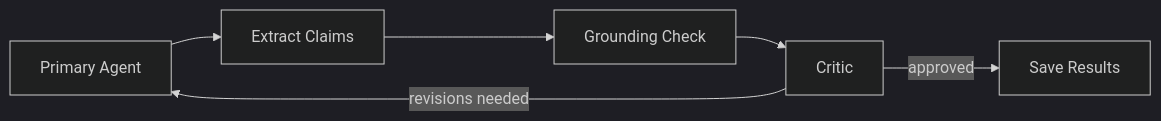
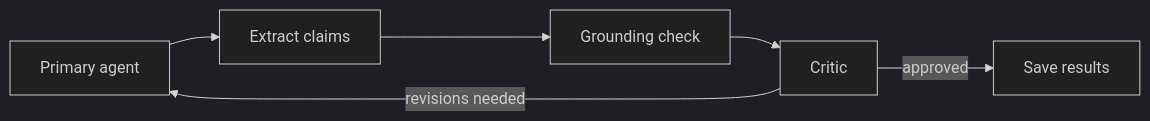
The second of 2 diagrams in docs/ibm/content/lab-3.md (obuzek/ai-agents-workshop), drawn with Mermaid (dark theme) before and after one commit. The commit also changed other lines of this file and 2 other files, not shown here.

````diff
--- a/docs/ibm/content/lab-3.md
+++ b/docs/ibm/content/lab-3.md
@@ -128,8 +92,8 @@
 ```mermaid
 graph LR
-    A[Primary Agent] --> B[Extract Claims]
-    B --> C[Grounding Check]
+    A[Primary agent] --> B[Extract claims]
+    B --> C[Grounding check]
     C --> D[Critic]
     D -->|revisions needed| A
-    D -->|approved| E[Save Results]
+    D -->|approved| E[Save results]
 ```
````
